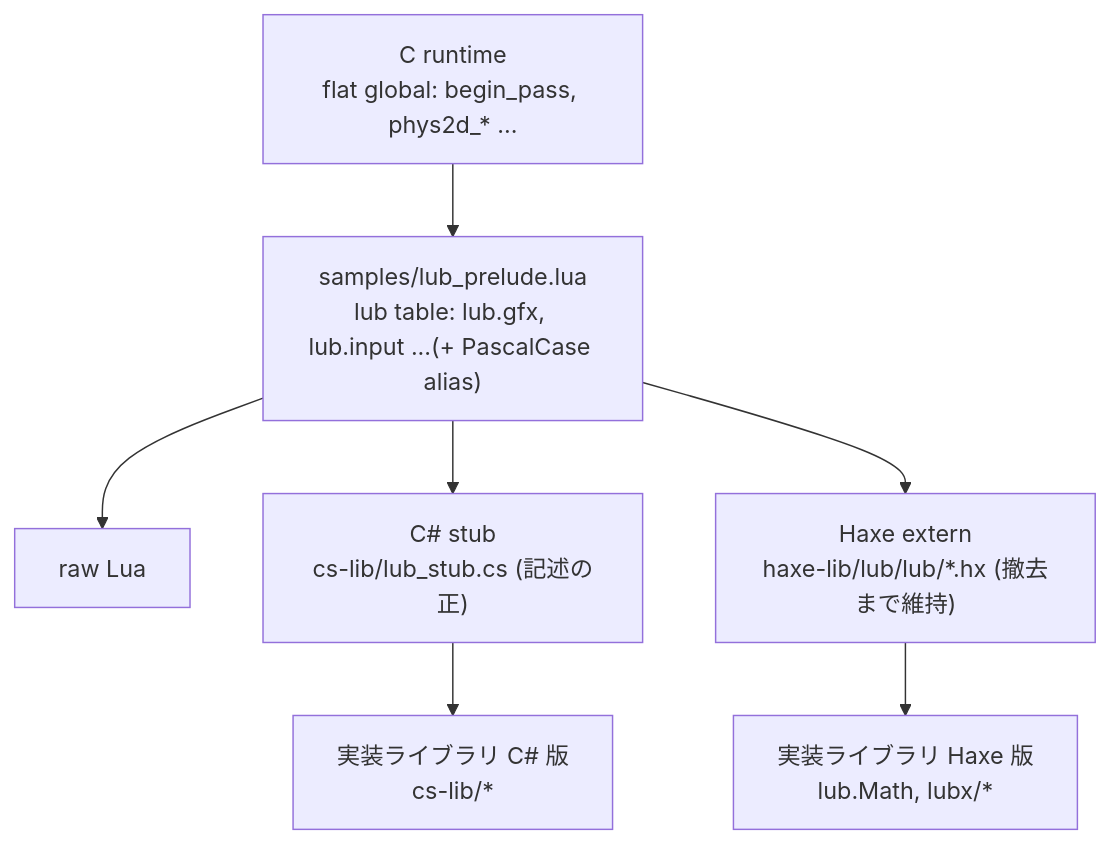
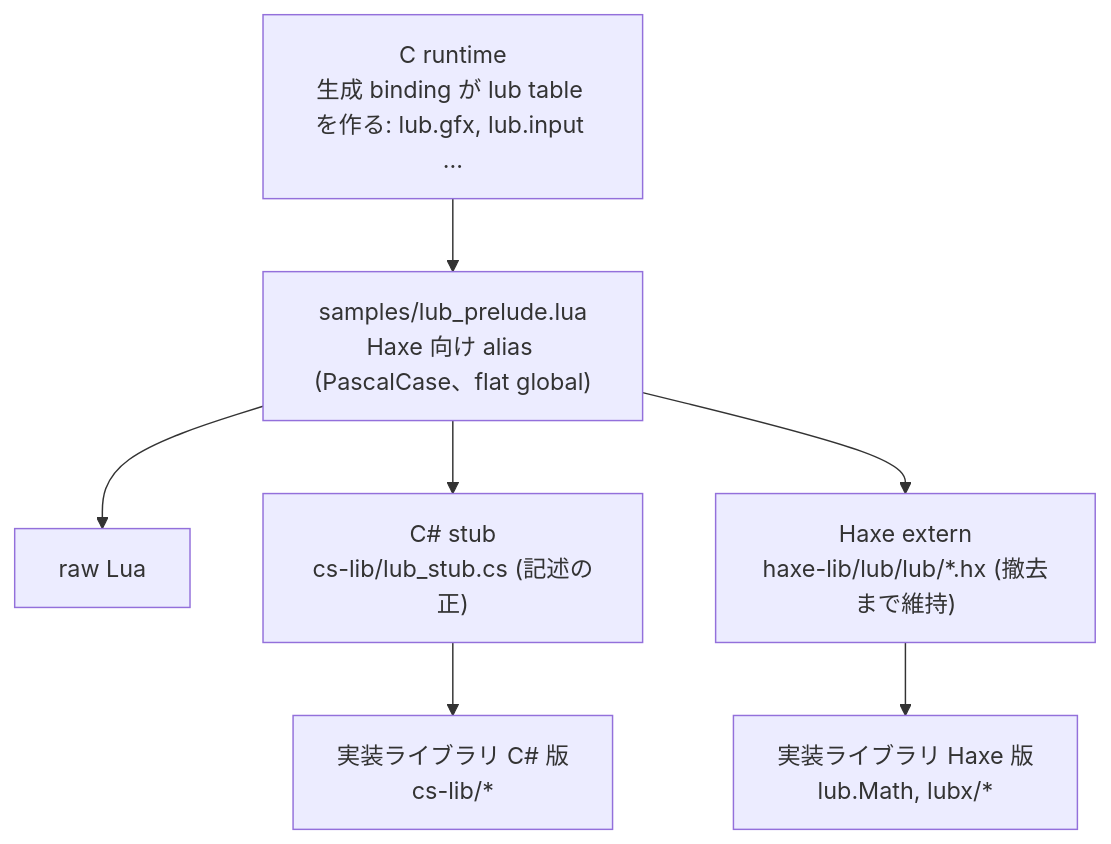
The diagram in docs/api-glue.md (neguse/lub), drawn with Mermaid before and after one commit. The commit also changed other lines of this file and 76 other files, not shown here.

````diff
--- a/docs/api-glue.md
+++ b/docs/api-glue.md
@@ -10,9 +10,9 @@
 ```mermaid
 graph TD
-    C["C runtime<br/>flat global: begin_pass, phys2d_* ..."] --> P["samples/lub_prelude.lua<br/>lub table: lub.gfx, lub.input ...(+ PascalCase alias)"]
+    C["C runtime<br/>生成 binding が lub table を作る: lub.gfx, lub.input ..."] --> P["samples/lub_prelude.lua<br/>Haxe 向け alias (PascalCase、flat global)"]
     P --> L[raw Lua]
     P --> S["C# stub<br/>cs-lib/lub_stub.cs (記述の正)"]
     P --> H["Haxe extern<br/>haxe-lib/lub/lub/*.hx (撤去まで維持)"]
     S --> CS["実装ライブラリ C# 版<br/>cs-lib/*"]
     H --> HX["実装ライブラリ Haxe 版<br/>lub.Math, lubx/*"]
 ```
````
